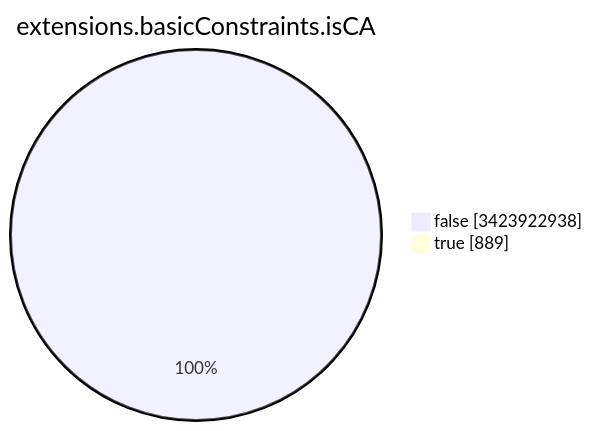
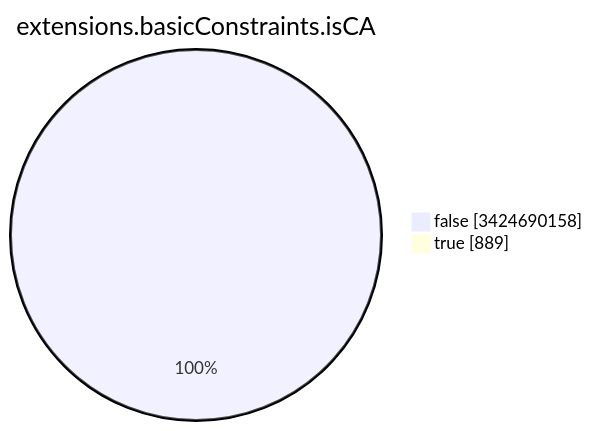
Before and after one commit to christiankrug/ctmonitor_visualization: the seventh of 15 diagrams in TOTAL/README.md, drawn with Mermaid. The commit also changed other lines of this file, not shown here.

````diff
--- a/TOTAL/README.md
+++ b/TOTAL/README.md
@@ -3092,6 +3092,6 @@
 ```mermaid
 pie showData
 title extensions.basicConstraints.isCA
-"false" :3423922938
+"false" :3424690158
 "true" :889
 ```
````
